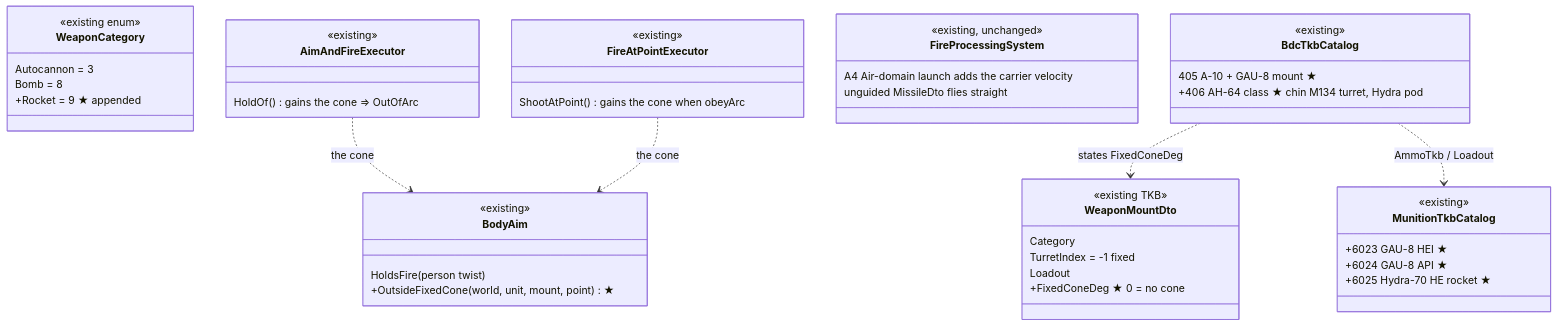
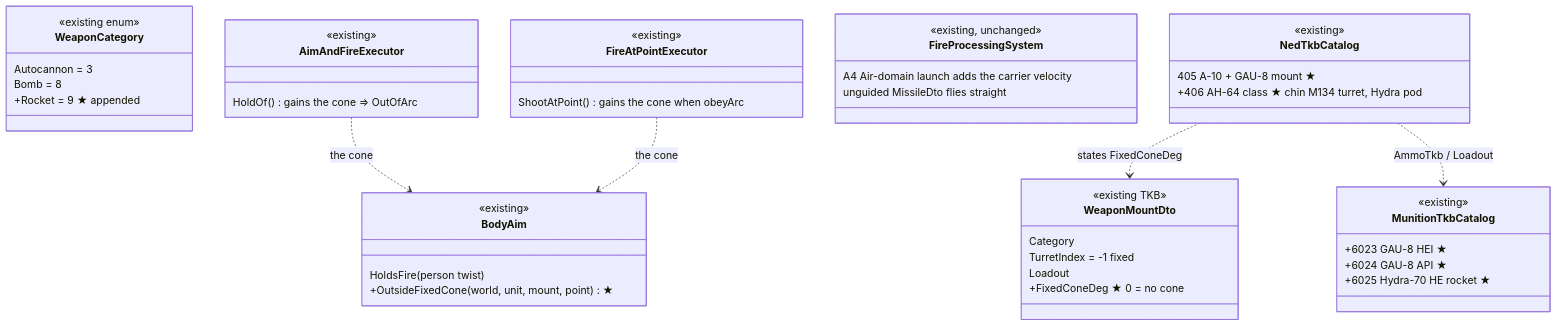
The eighth of 30 diagrams in docs/designs/air-attack/DESIGN_Air_Operations.md (pjanec/HROT), drawn with Mermaid before and after one commit. The commit also changed other lines of this file and 137 other files, not shown here.

First line of the commit message:
R-4095 / CE-4077: remove the BDC network stack — Hrot.Network.BDC(+Tests), the runner's --network option, BDC wire rows and docs; the four TKB files take their NedTkb names

````diff
--- a/docs/designs/air-attack/DESIGN_Air_Operations.md
+++ b/docs/designs/air-attack/DESIGN_Air_Operations.md
@@ -409,49 +409,49 @@
 ```mermaid
 classDiagram
   class WeaponMountDto {
     <<existing TKB>>
     Category
     TurretIndex = -1 fixed
     Loadout
     +FixedConeDeg ★ 0 = no cone
   }
   class WeaponCategory {
     <<existing enum>>
     Autocannon = 3
     Bomb = 8
     +Rocket = 9 ★ appended
   }
   class BodyAim {
     <<existing>>
     HoldsFire(person twist)
     +OutsideFixedCone(world, unit, mount, point) ★
   }
   class AimAndFireExecutor {
     <<existing>>
     HoldOf() gains the cone ⇒ OutOfArc
   }
   class FireAtPointExecutor {
     <<existing>>
     ShootAtPoint() gains the cone when obeyArc
   }
   class FireProcessingSystem {
     <<existing, unchanged>>
     A4 Air-domain launch adds the carrier velocity
     unguided MissileDto flies straight
   }
   class MunitionTkbCatalog {
     <<existing>>
     +6023 GAU-8 HEI ★
     +6024 GAU-8 API ★
     +6025 Hydra-70 HE rocket ★
   }
-  class BdcTkbCatalog {
+  class NedTkbCatalog {
     <<existing>>
     405 A-10 + GAU-8 mount ★
     +406 AH-64 class ★ chin M134 turret, Hydra pod
   }
   AimAndFireExecutor ..> BodyAim : the cone
   FireAtPointExecutor ..> BodyAim : the cone
-  BdcTkbCatalog ..> WeaponMountDto : states FixedConeDeg
-  BdcTkbCatalog ..> MunitionTkbCatalog : AmmoTkb / Loadout
+  NedTkbCatalog ..> WeaponMountDto : states FixedConeDeg
+  NedTkbCatalog ..> MunitionTkbCatalog : AmmoTkb / Loadout
 ```
````
